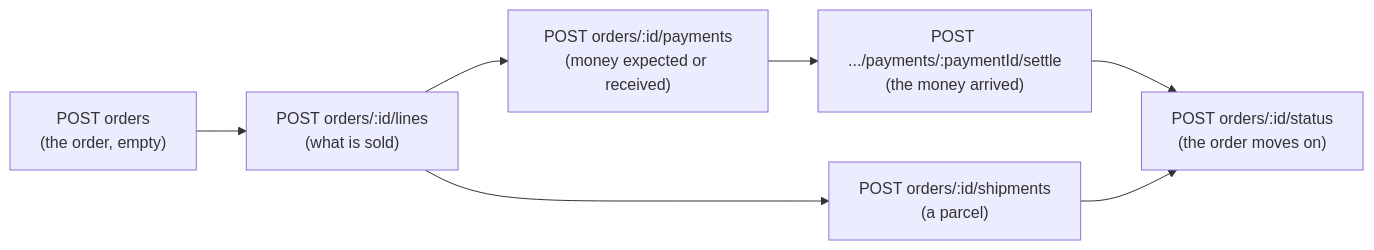
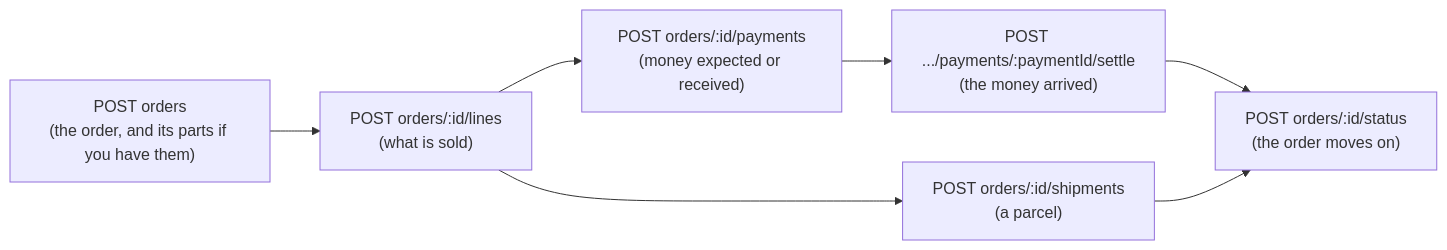
The diagram in docs/api/orders.md (Easylogic-CO-LP/Alfa-Commerce-Manual), drawn with Mermaid before and after one commit. The commit also changed other lines of this file, not shown here.

````diff
--- a/docs/api/orders.md
+++ b/docs/api/orders.md
@@ -18,9 +18,9 @@
 ```mermaid
 flowchart LR
-    A["POST orders<br/>(the order, empty)"] --> B["POST orders/:id/lines<br/>(what is sold)"]
+    A["POST orders<br/>(the order, and its parts if you have them)"] --> B["POST orders/:id/lines<br/>(what is sold)"]
     B --> C["POST orders/:id/payments<br/>(money expected or received)"]
     C --> D["POST .../payments/:paymentId/settle<br/>(the money arrived)"]
     B --> E["POST orders/:id/shipments<br/>(a parcel)"]
     D --> F["POST orders/:id/status<br/>(the order moves on)"]
     E --> F
 ```
````
